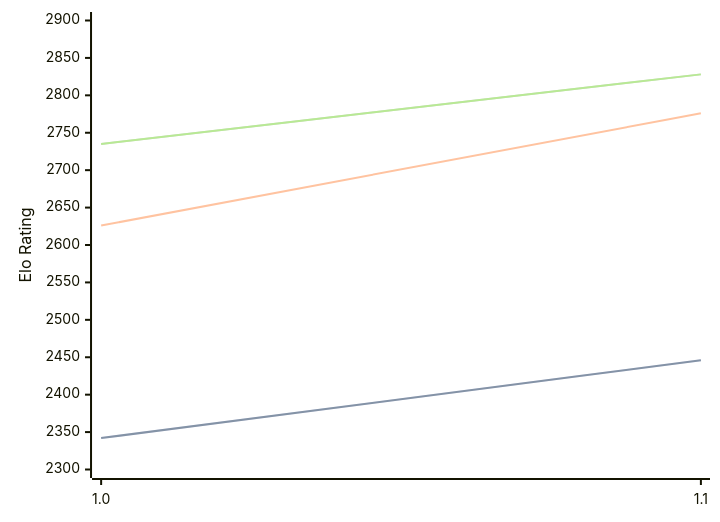
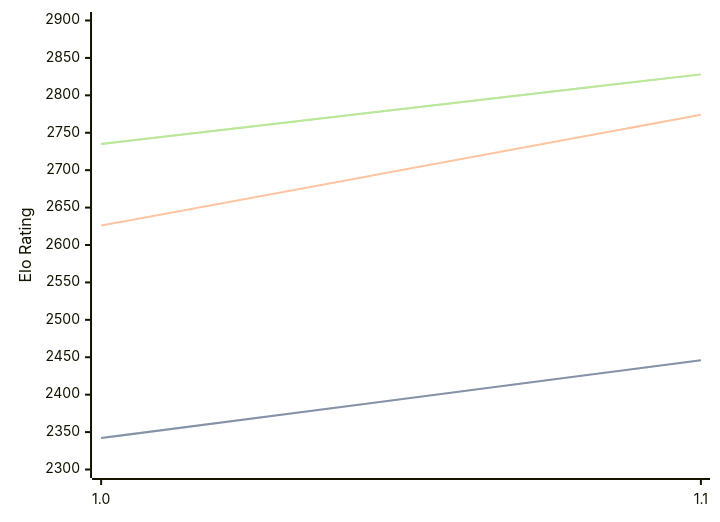
The diagram in engines/Casanchess.md (computer-chess-index/cci), drawn with Mermaid before and after one commit. The commit also changed other lines of this file, not shown here.

````diff
--- a/engines/Casanchess.md
+++ b/engines/Casanchess.md
@@ -32,11 +32,11 @@
 ```mermaid
 %%{init: {"theme":"base","themeVariables":{"seriesColors:['#a3a3a3','#222221','#faa371']}}}%%
 xychart-beta
   x-axis ["1.0", "1.1"]
   y-axis "Elo Rating" 2300 --> 2900
   line "" [2342, 2446]
   line "STC (8.0+0.08s)" [2342, 2446]
-  line "LTC (60.0+0.60s)" [2626, 2776]
+  line "LTC (60.0+0.60s)" [2626, 2774]
   line "" [2735, 2828]
   line "VLTC (2m24s+1.12s)" [2735, 2828]
 ```
````
